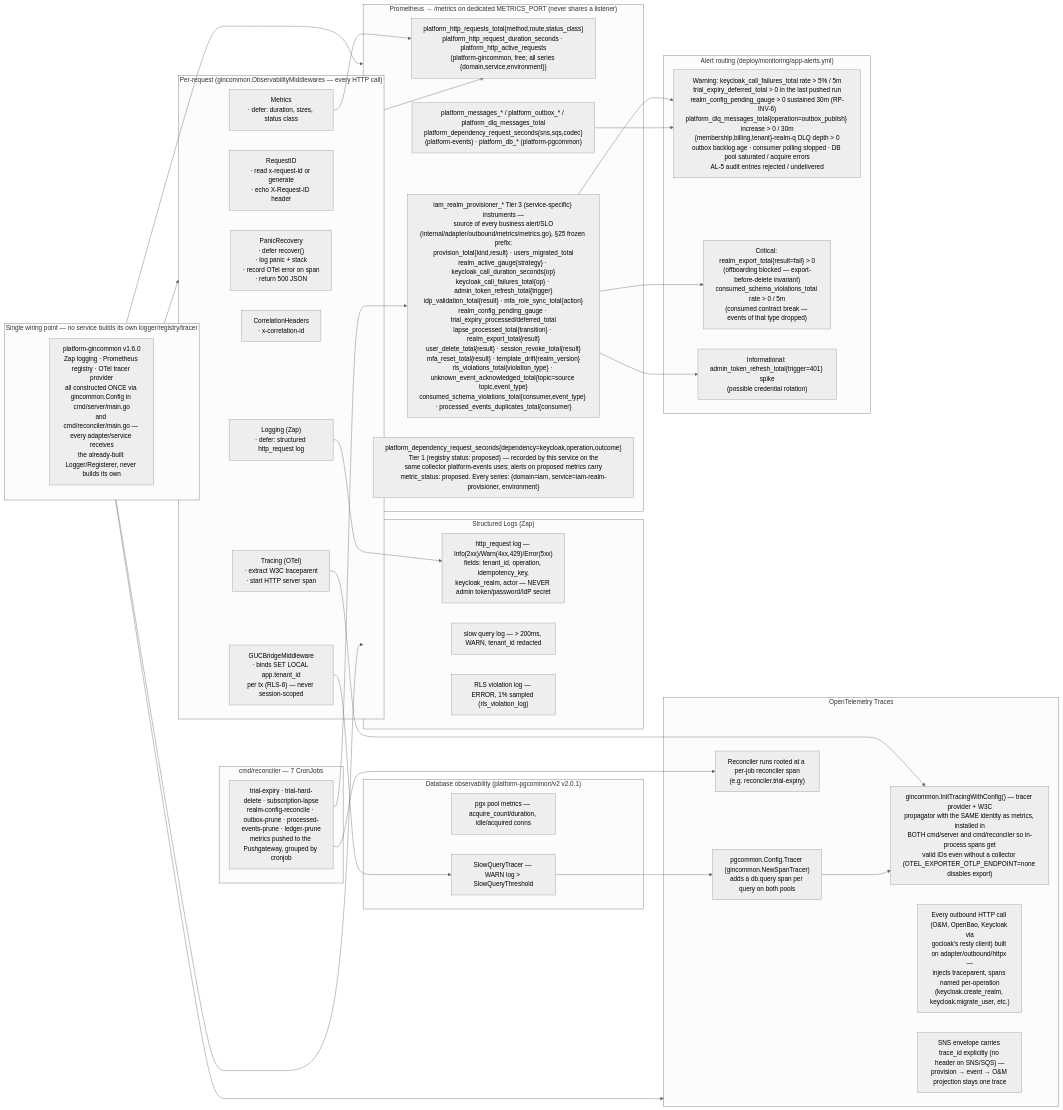
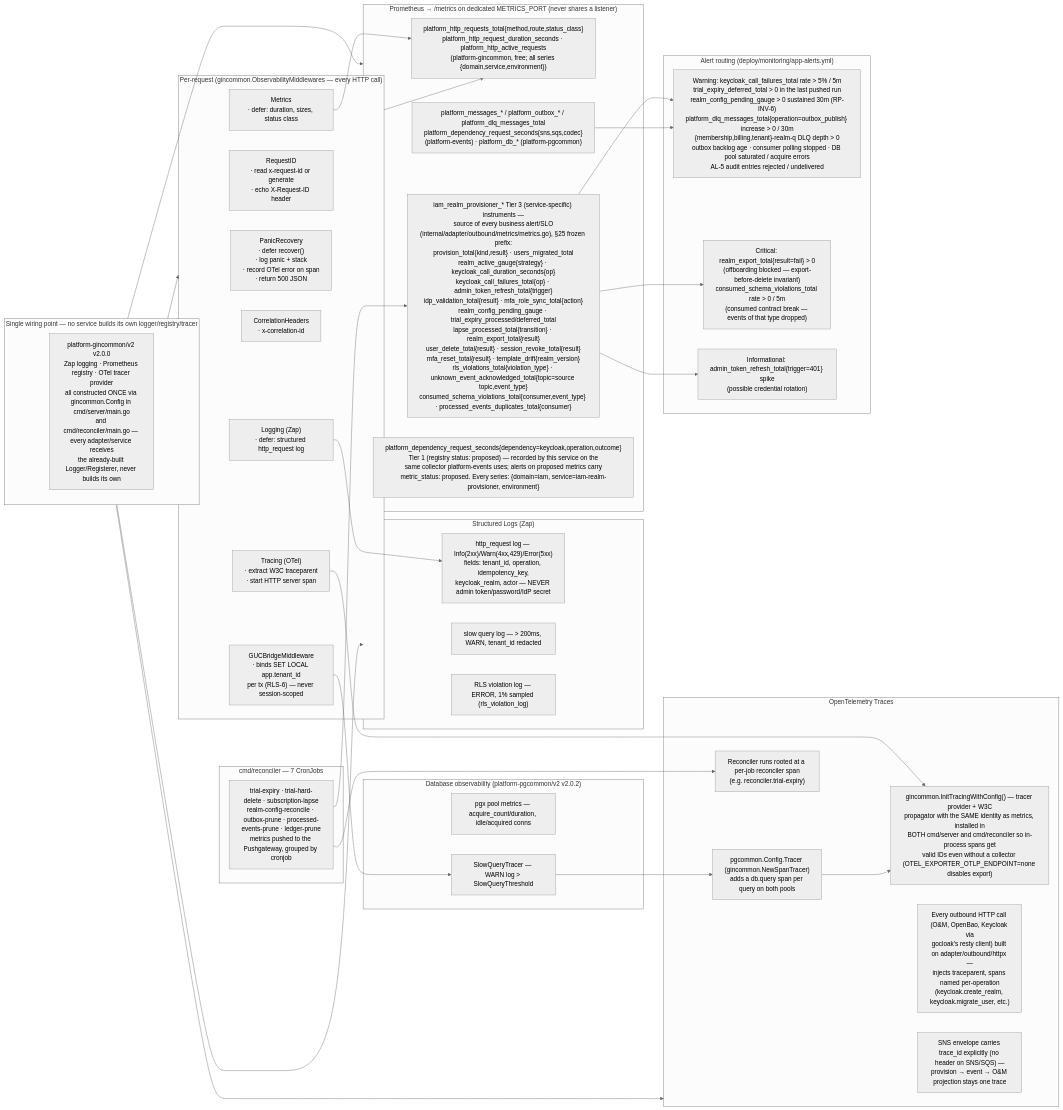
One commit to BCBP-SOLUTIONS-FZC-LLC/iam-realm-provisioner changed the eighth of 10 diagrams in ARCHITECTURE.md. Above: the diagram before and after it, drawn with Mermaid (neutral theme). The commit also changed 64 other files, not shown here.

First line of the commit message:
feat: upgrade platform-gincommon to v2.0.0 and adopt RFC 9457 Problem Details (#18)

````diff
--- a/ARCHITECTURE.md
+++ b/ARCHITECTURE.md
@@ -631,73 +631,73 @@
 ```mermaid
 graph LR
     subgraph request["Per-request (gincommon.ObservabilityMiddlewares — every HTTP call)"]
         panic["PanicRecovery\n· defer recover()\n· log panic + stack\n· record OTel error on span\n· return 500 JSON"]
         reqid["RequestID\n· read x-request-id or generate\n· echo X-Request-ID header"]
         trace["Tracing (OTel)\n· extract W3C traceparent\n· start HTTP server span"]
         corr["CorrelationHeaders\n· x-correlation-id"]
         metricsmw["Metrics\n· defer: duration, sizes, status class"]
         logging["Logging (Zap)\n· defer: structured http_request log"]
         guc["GUCBridgeMiddleware\n· binds SET LOCAL app.tenant_id\nper tx (RLS-6) — never session-scoped"]
     end
 
     subgraph gincommon_only["Single wiring point — no service builds its own logger/registry/tracer"]
-        gc1["platform-gincommon v1.6.0\nZap logging · Prometheus registry · OTel tracer provider\nall constructed ONCE via gincommon.Config in cmd/server/main.go\nand cmd/reconciler/main.go — every adapter/service receives\nthe already-built Logger/Registerer, never builds its own"]
+        gc1["platform-gincommon/v2 v2.0.0\nZap logging · Prometheus registry · OTel tracer provider\nall constructed ONCE via gincommon.Config in cmd/server/main.go\nand cmd/reconciler/main.go — every adapter/service receives\nthe already-built Logger/Registerer, never builds its own"]
     end
 
     subgraph prom["Prometheus  →  /metrics on dedicated METRICS_PORT (never shares a listener)"]
         p1["platform_http_requests_total{method,route,status_class}\nplatform_http_request_duration_seconds · platform_http_active_requests\n(platform-gincommon, free; all series {domain,service,environment})"]
         p2["platform_messages_* / platform_outbox_* / platform_dlq_messages_total\nplatform_dependency_request_seconds{sns,sqs,codec}\n(platform-events) · platform_db_* (platform-pgcommon)"]
         p3["iam_realm_provisioner_* Tier 3 (service-specific) instruments —\nsource of every business alert/SLO\n(internal/adapter/outbound/metrics/metrics.go), §25 frozen prefix:\nprovision_total{kind,result} · users_migrated_total\nrealm_active_gauge{strategy} · keycloak_call_duration_seconds{op}\nkeycloak_call_failures_total{op} · admin_token_refresh_total{trigger}\nidp_validation_total{result} · mfa_role_sync_total{action}\nrealm_config_pending_gauge · trial_expiry_processed/deferred_total\nlapse_processed_total{transition} · realm_export_total{result}\nuser_delete_total{result} · session_revoke_total{result}\nmfa_reset_total{result} · template_drift{realm_version}\nrls_violations_total{violation_type} · unknown_event_acknowledged_total{topic=source topic,event_type}\nconsumed_schema_violations_total{consumer,event_type} · processed_events_duplicates_total{consumer}"]
         p4["platform_dependency_request_seconds{dependency=keycloak,operation,outcome}
 Tier 1 (registry status: proposed) — recorded by this service on the
 same collector platform-events uses; alerts on proposed metrics carry
 metric_status: proposed. Every series: {domain=iam, service=iam-realm-provisioner, environment}"]
     end
 
     subgraph otel["OpenTelemetry Traces"]
         ot1["gincommon.InitTracingWithConfig() — tracer provider + W3C\npropagator with the SAME identity as metrics, installed in\nBOTH cmd/server and cmd/reconciler so in-process spans get\nvalid IDs even without a collector (OTEL_EXPORTER_OTLP_ENDPOINT=none disables export)"]
         ot2["pgcommon.Config.Tracer (gincommon.NewSpanTracer)\nadds a db.query span per query on both pools"]
         ot3["Every outbound HTTP call (O&M, OpenBao, Keycloak via\ngocloak's resty client) built on adapter/outbound/httpx —\ninjects traceparent, spans named per-operation\n(keycloak.create_realm, keycloak.migrate_user, etc.)"]
         ot4["SNS envelope carries trace_id explicitly (no header on SNS/SQS) —\nprovision → event → O&M projection stays one trace"]
         ot5["Reconciler runs rooted at a per-job reconciler span\n(e.g. reconciler.trial-expiry)"]
     end
 
     subgraph logs["Structured Logs (Zap)"]
         l1["http_request log — Info(2xx)/Warn(4xx,429)/Error(5xx)\nfields: tenant_id, operation, idempotency_key,\nkeycloak_realm, actor — NEVER admin token/password/IdP secret"]
         l2["slow query log — > 200ms, WARN, tenant_id redacted"]
         l3["RLS violation log — ERROR, 1% sampled (rls_violation_log)"]
     end
 
-    subgraph db_obs["Database observability (platform-pgcommon/v2 v2.0.1)"]
+    subgraph db_obs["Database observability (platform-pgcommon/v2 v2.0.2)"]
         db1["pgx pool metrics — acquire_count/duration, idle/acquired conns"]
         db2["SlowQueryTracer — WARN log > SlowQueryThreshold"]
     end
 
     subgraph cron["cmd/reconciler — 7 CronJobs"]
         c1["trial-expiry · trial-hard-delete · subscription-lapse\nrealm-config-reconcile · outbox-prune · processed-events-prune · ledger-prune\nmetrics pushed to the Pushgateway, grouped by cronjob"]
     end
 
     subgraph alerts["Alert routing (deploy/monitoring/app-alerts.yml)"]
         a1["Warning: keycloak_call_failures_total rate > 5% / 5m\ntrial_expiry_deferred_total > 0 in the last pushed run\nrealm_config_pending_gauge > 0 sustained 30m (RP-INV-6)\nplatform_dlq_messages_total{operation=outbox_publish} increase > 0 / 30m\n{membership,billing,tenant}-realm-q DLQ depth > 0\noutbox backlog age · consumer polling stopped · DB pool saturated / acquire errors\nAL-5 audit entries rejected / undelivered"]
         a2["Critical: realm_export_total{result=fail} > 0\n(offboarding blocked — export-before-delete invariant)\nconsumed_schema_violations_total rate > 0 / 5m\n(consumed contract break — events of that type dropped)"]
         a3["Informational: admin_token_refresh_total{trigger=401} spike\n(possible credential rotation)"]
     end
 
     gincommon_only --> request
     gincommon_only --> prom
     gincommon_only --> logs
     gincommon_only --> otel
     request --> p1
     metricsmw --> p1
     trace --> ot1
     logging --> l1
     guc --> db2
     db2 --> ot2
     ot2 --> ot1
     c1 --> p3
     c1 --> ot5
     p3 --> a1
     p3 --> a2
     p3 --> a3
     p2 --> a1
 ```
````
